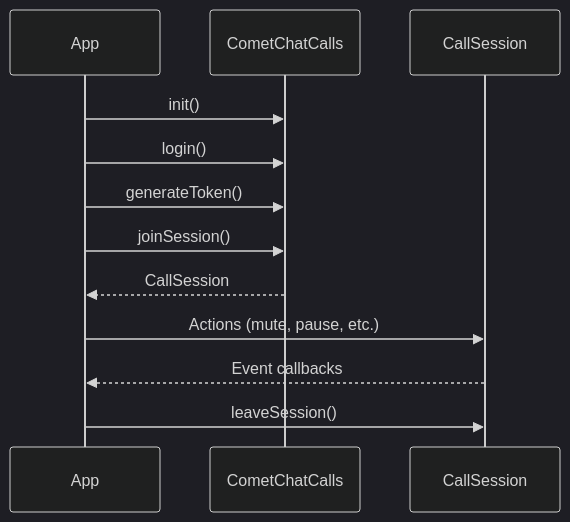
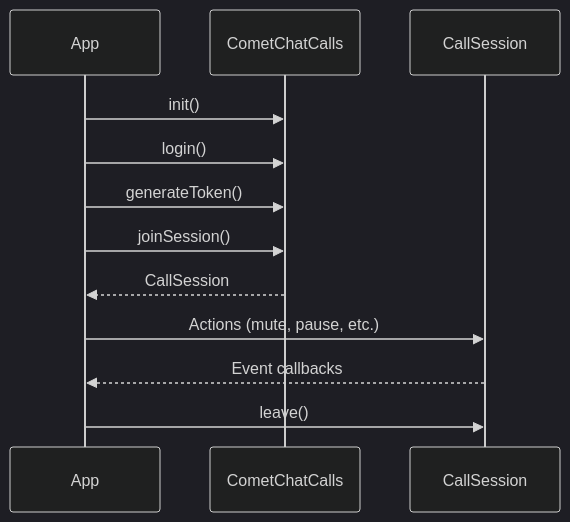
One commit to cometchat/docs changed the diagram in calls/flutter/overview.mdx. Above: the diagram before and after it, drawn with Mermaid (dark theme). The commit also changed other lines of this file and 9 other files, not shown here.

````diff
--- a/calls/flutter/overview.mdx
+++ b/calls/flutter/overview.mdx
@@ -25,15 +25,15 @@
 ```mermaid
 sequenceDiagram
     participant App
     participant CometChatCalls
     participant CallSession
     
     App->>CometChatCalls: init()
     App->>CometChatCalls: login()
     App->>CometChatCalls: generateToken()
     App->>CometChatCalls: joinSession()
     CometChatCalls-->>App: CallSession
     App->>CallSession: Actions (mute, pause, etc.)
     CallSession-->>App: Event callbacks
-    App->>CallSession: leaveSession()
+    App->>CallSession: leave()
 ```
````
